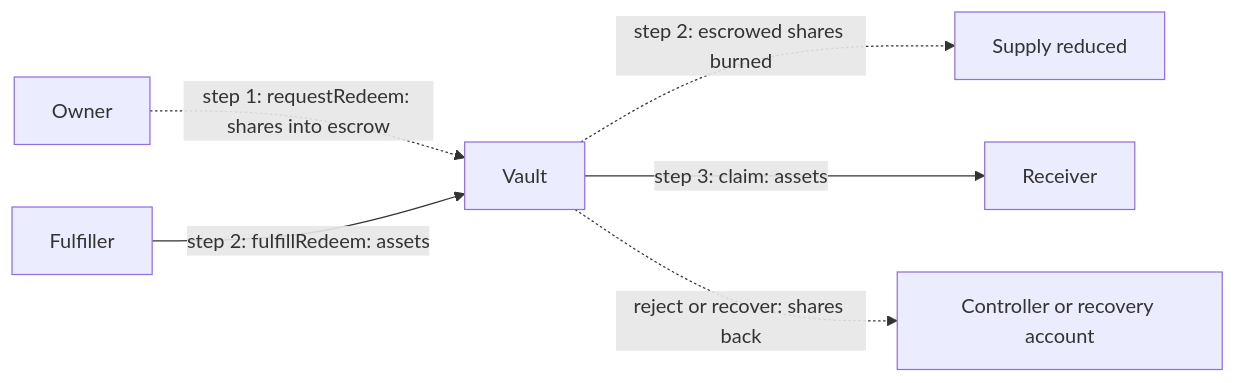
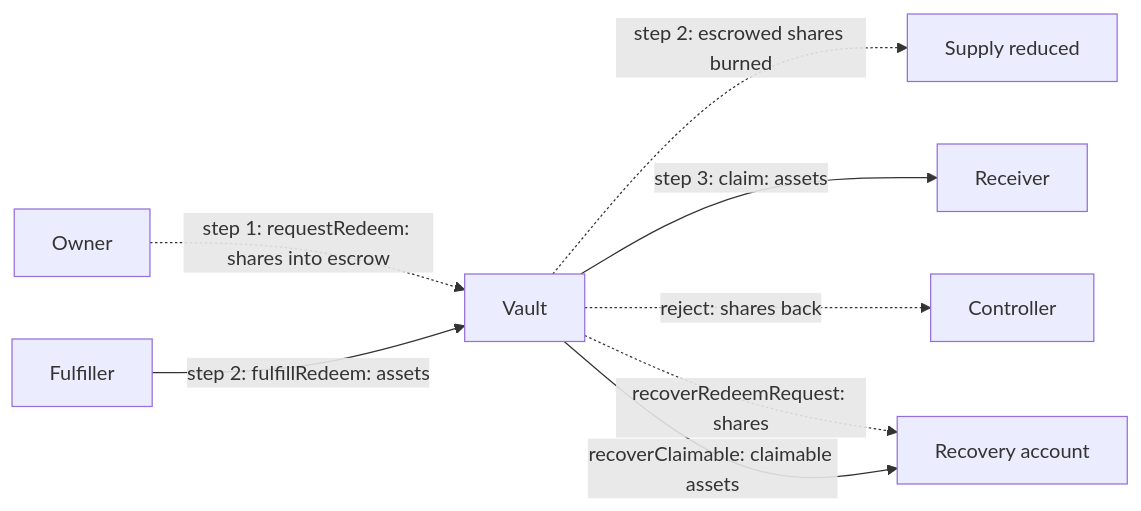
The fourth of 4 diagrams in docs/money.md (fepvenancio/rwa-token), drawn with Mermaid before and after one commit. The commit also changed other lines of this file and 7 other files, not shown here.

Commit message:
docs: guides updated for v0.2.0 (recovery timelock, plain-transfer rejects, claim-time checks, recoverClaimable, full-delegate operators)

````diff
--- a/docs/money.md
+++ b/docs/money.md
@@ -80,8 +81,10 @@
 ```mermaid
 flowchart LR
   Owner["Owner"] -.->|"step 1: requestRedeem: shares into escrow"| Vault["Vault"]
   Fulfiller["Fulfiller"] -->|"step 2: fulfillRedeem: assets"| Vault
   Vault -.->|"step 2: escrowed shares burned"| Burned["Supply reduced"]
   Vault -->|"step 3: claim: assets"| Receiver["Receiver"]
-  Vault -.->|"reject or recover: shares back"| Back["Controller or recovery account"]
+  Vault -.->|"reject: shares back"| Controller["Controller"]
+  Vault -.->|"recoverRedeemRequest: shares"| Recovery["Recovery account"]
+  Vault -->|"recoverClaimable: claimable assets"| Recovery
 ```
````
